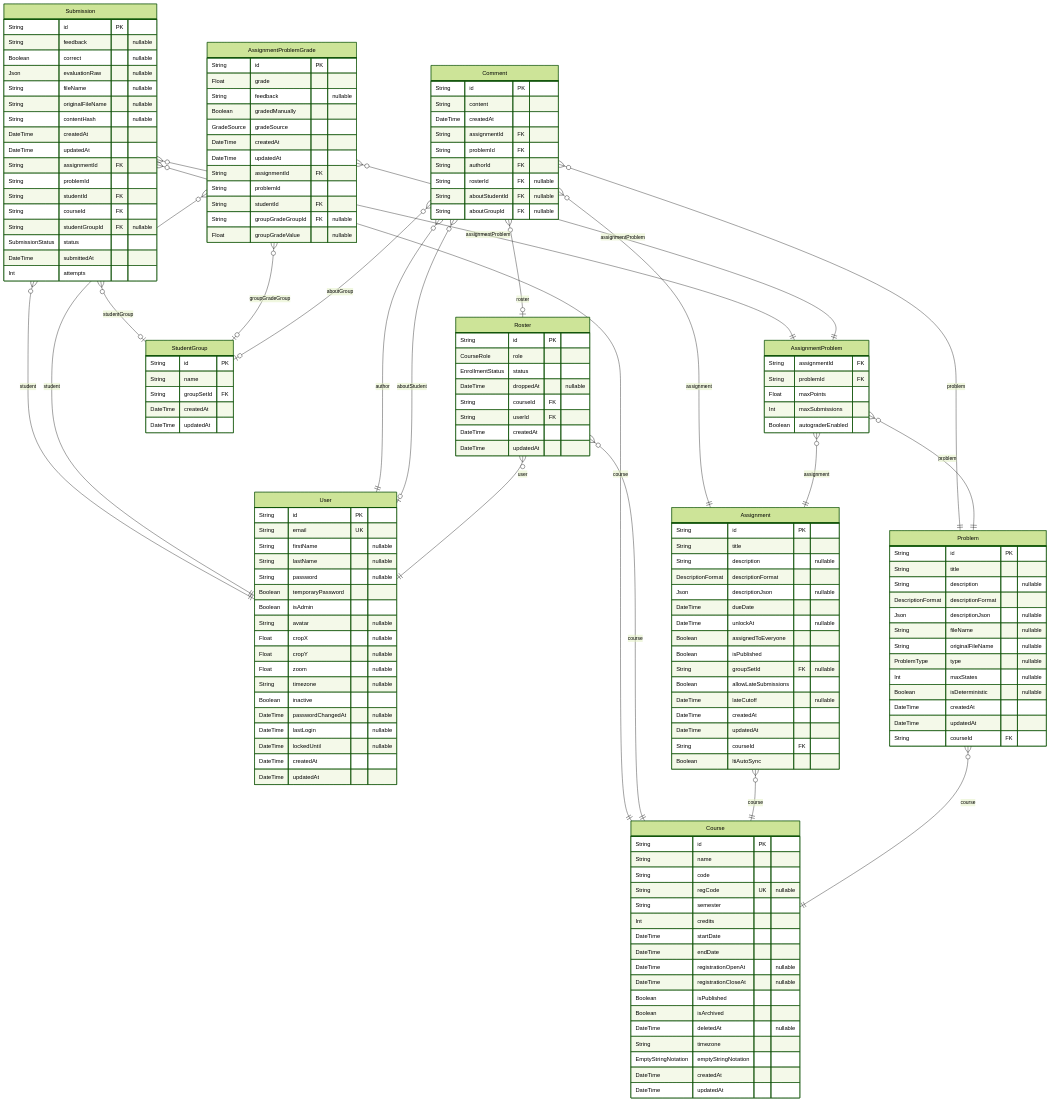
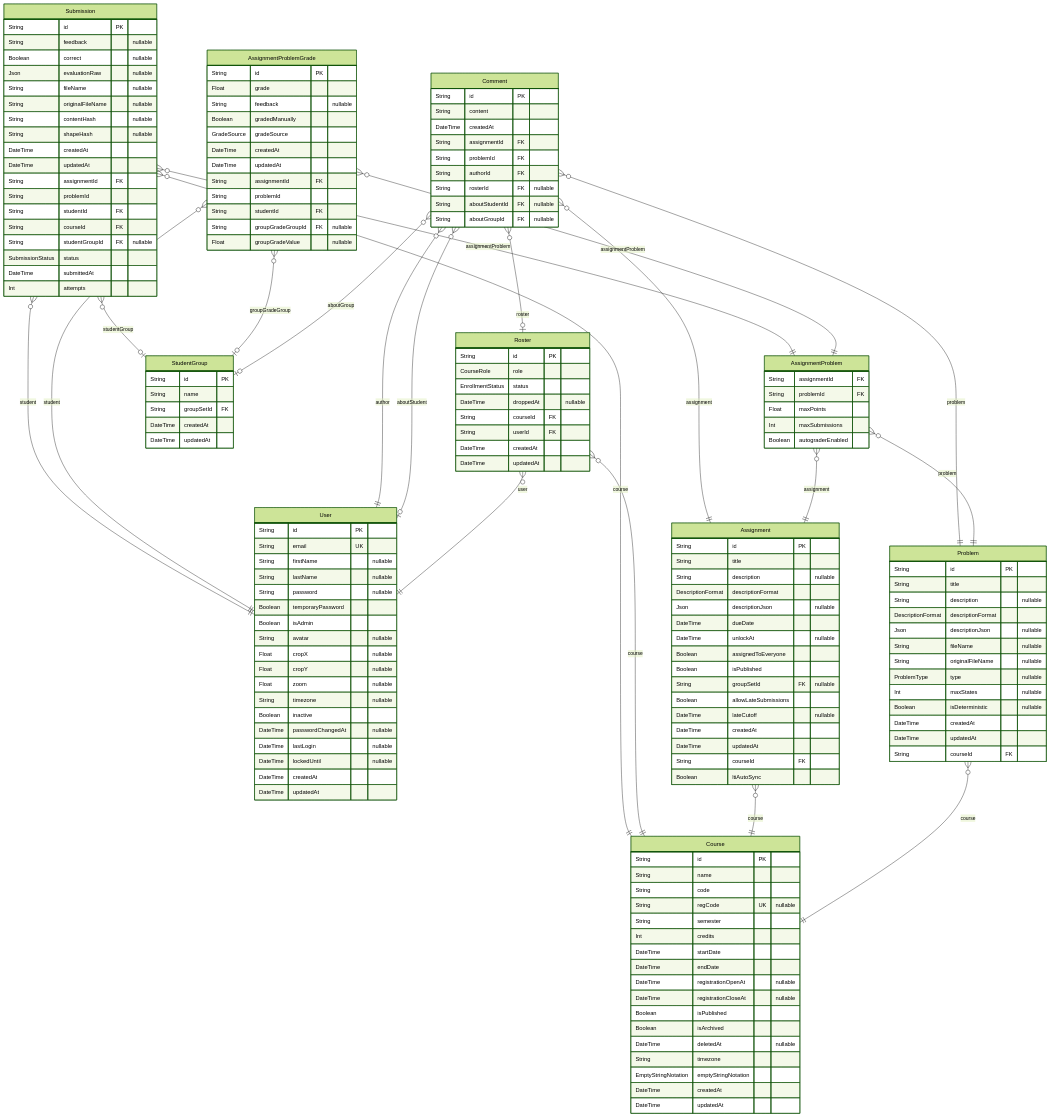
The fourth of 5 diagrams in docs-site/docs/reference/database-schema.md (PennStateCS/AFCT), drawn with Mermaid (forest theme) before and after one commit. The commit also changed other lines of this file and 12 other files, not shown here.

```diff
--- a/docs-site/docs/reference/database-schema.md
+++ b/docs-site/docs/reference/database-schema.md
@@ -1037,6 +1037,7 @@
   String fileName "nullable"
   String originalFileName "nullable"
   String contentHash "nullable"
+  String shapeHash "nullable"
   DateTime createdAt
   DateTime updatedAt
   String assignmentId FK
```
